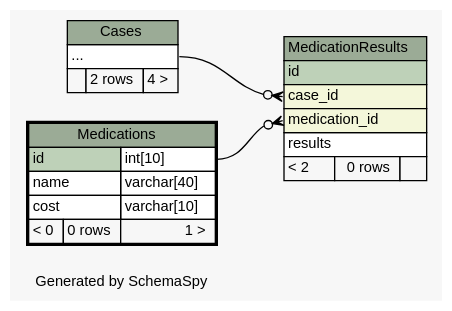
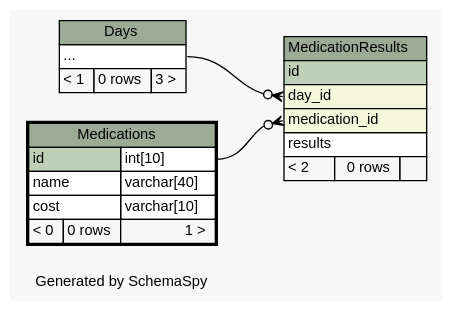
One commit to carrel2/CaseStudies changed the diagram in web/files/schema/diagrams/Medications.2degrees.dot. Above: the diagram before and after it, drawn with Graphviz. The commit also changed 88 other files, not shown here.

```diff
--- a/web/files/schema/diagrams/Medications.2degrees.dot
+++ b/web/files/schema/diagrams/Medications.2degrees.dot
@@ -1,59 +1,59 @@
-// dot 2.38.0 on Linux 4.4.0-59-generic
+// dot 2.38.0 on Linux 4.4.0-62-generic
 // SchemaSpy rev 590
 digraph "twoDegreesRelationshipsDiagram" {
   graph [
     rankdir="RL"
     bgcolor="#f7f7f7"
     label="\nGenerated by SchemaSpy"
     labeljust="l"
     nodesep="0.18"
     ranksep="0.46"
     fontname="Helvetica"
     fontsize="11"
   ];
   node [
     fontname="Helvetica"
     fontsize="11"
     shape="plaintext"
   ];
   edge [
     arrowsize="0.8"
   ];
-  "MedicationResults":"case_id":w -> "Cases":"elipses":e [arrowhead=none dir=back arrowtail=crowodot];
+  "MedicationResults":"day_id":w -> "Days":"elipses":e [arrowhead=none dir=back arrowtail=crowodot];
   "MedicationResults":"medication_id":w -> "Medications":"id.type":e [arrowhead=none dir=back arrowtail=crowodot];
-  "Cases" [
+  "Days" [
     label=<
     <TABLE BORDER="0" CELLBORDER="1" CELLSPACING="0" BGCOLOR="#ffffff">
-      <TR><TD COLSPAN="3" BGCOLOR="#9bab96" ALIGN="CENTER">Cases</TD></TR>
+      <TR><TD COLSPAN="3" BGCOLOR="#9bab96" ALIGN="CENTER">Days</TD></TR>
       <TR><TD PORT="elipses" COLSPAN="3" ALIGN="LEFT">...</TD></TR>
-      <TR><TD ALIGN="LEFT" BGCOLOR="#f7f7f7">  </TD><TD ALIGN="RIGHT" BGCOLOR="#f7f7f7">2 rows</TD><TD ALIGN="RIGHT" BGCOLOR="#f7f7f7">4 &gt;</TD></TR>
+      <TR><TD ALIGN="LEFT" BGCOLOR="#f7f7f7">&lt; 1</TD><TD ALIGN="RIGHT" BGCOLOR="#f7f7f7">0 rows</TD><TD ALIGN="RIGHT" BGCOLOR="#f7f7f7">3 &gt;</TD></TR>
     </TABLE>>
-    URL="Cases.html"
-    tooltip="Cases"
+    URL="Days.html"
+    tooltip="Days"
   ];
   "MedicationResults" [
     label=<
     <TABLE BORDER="0" CELLBORDER="1" CELLSPACING="0" BGCOLOR="#ffffff">
       <TR><TD COLSPAN="3" BGCOLOR="#9bab96" ALIGN="CENTER">MedicationResults</TD></TR>
       <TR><TD PORT="id" COLSPAN="3" BGCOLOR="#bed1b8" ALIGN="LEFT">id</TD></TR>
-      <TR><TD PORT="case_id" COLSPAN="3" BGCOLOR="#f4f7da" ALIGN="LEFT">case_id</TD></TR>
+      <TR><TD PORT="day_id" COLSPAN="3" BGCOLOR="#f4f7da" ALIGN="LEFT">day_id</TD></TR>
       <TR><TD PORT="medication_id" COLSPAN="3" BGCOLOR="#f4f7da" ALIGN="LEFT">medication_id</TD></TR>
       <TR><TD PORT="results" COLSPAN="3" ALIGN="LEFT">results</TD></TR>
       <TR><TD ALIGN="LEFT" BGCOLOR="#f7f7f7">&lt; 2</TD><TD ALIGN="RIGHT" BGCOLOR="#f7f7f7">0 rows</TD><TD ALIGN="RIGHT" BGCOLOR="#f7f7f7">  </TD></TR>
     </TABLE>>
     URL="MedicationResults.html"
     tooltip="MedicationResults"
   ];
   "Medications" [
     label=<
     <TABLE BORDER="2" CELLBORDER="1" CELLSPACING="0" BGCOLOR="#ffffff">
       <TR><TD COLSPAN="3" BGCOLOR="#9bab96" ALIGN="CENTER">Medications</TD></TR>
       <TR><TD PORT="id" COLSPAN="2" BGCOLOR="#bed1b8" ALIGN="LEFT">id</TD><TD PORT="id.type" ALIGN="LEFT">int[10]</TD></TR>
       <TR><TD PORT="name" COLSPAN="2" ALIGN="LEFT">name</TD><TD PORT="name.type" ALIGN="LEFT">varchar[40]</TD></TR>
       <TR><TD PORT="cost" COLSPAN="2" ALIGN="LEFT">cost</TD><TD PORT="cost.type" ALIGN="LEFT">varchar[10]</TD></TR>
       <TR><TD ALIGN="LEFT" BGCOLOR="#f7f7f7">&lt; 0</TD><TD ALIGN="RIGHT" BGCOLOR="#f7f7f7">0 rows</TD><TD ALIGN="RIGHT" BGCOLOR="#f7f7f7">1 &gt;</TD></TR>
     </TABLE>>
     URL="Medications.html"
     tooltip="Medications"
   ];
 }
```
